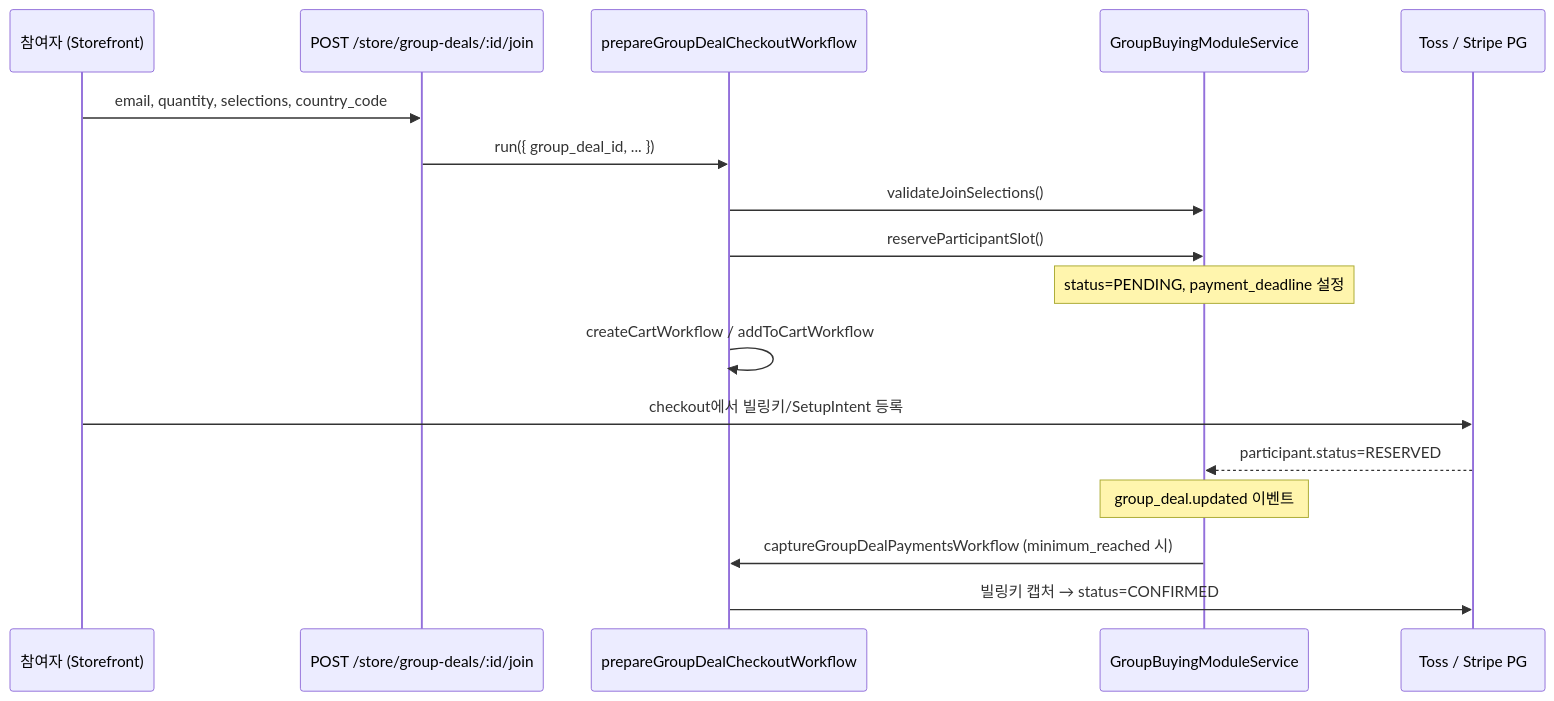
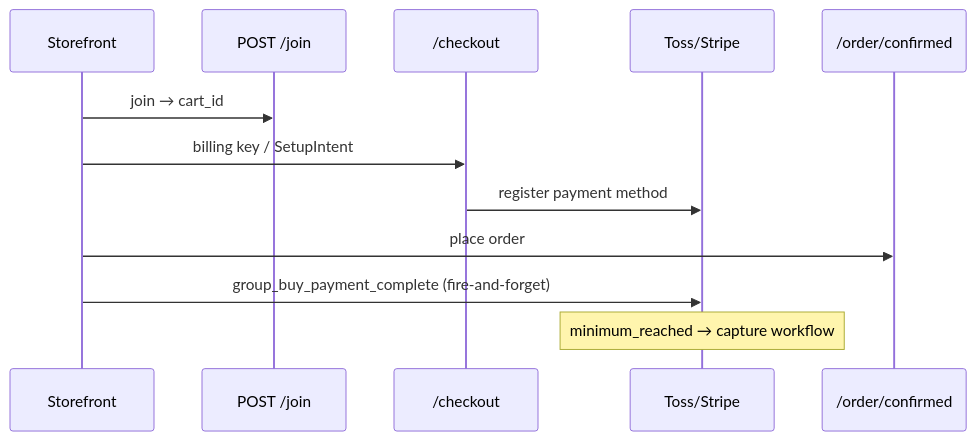
One commit to yjj0066/group_buying changed the second of 2 diagrams in PROJECT_STATUS.md. Above: the diagram before and after it, drawn with Mermaid. The commit also changed other lines of this file and 2 other files, not shown here.

First line of the commit message:
docs: update README, PROJECT_STATUS, and CODE_ANALYSIS

````diff
--- a/PROJECT_STATUS.md
+++ b/PROJECT_STATUS.md
@@ -201,20 +274,15 @@
 ```mermaid
 sequenceDiagram
-    participant U as 참여자 (Storefront)
-    participant API as POST /store/group-deals/:id/join
-    participant WF as prepareGroupDealCheckoutWorkflow
-    participant SVC as GroupBuyingModuleService
-    participant PG as Toss / Stripe PG
+    participant U as Storefront
+    participant API as POST /join
+    participant CK as /checkout
+    participant PG as Toss/Stripe
+    participant OR as /order/confirmed
 
-    U->>API: email, quantity, selections, country_code
-    API->>WF: run({ group_deal_id, ... })
-    WF->>SVC: validateJoinSelections()
-    WF->>SVC: reserveParticipantSlot()
-    Note over SVC: status=PENDING, payment_deadline 설정
-    WF->>WF: createCartWorkflow / addToCartWorkflow
-    U->>PG: checkout에서 빌링키/SetupIntent 등록
-    PG-->>SVC: participant.status=RESERVED
-    Note over SVC: group_deal.updated 이벤트
-    SVC->>WF: captureGroupDealPaymentsWorkflow (minimum_reached 시)
-    WF->>PG: 빌링키 캡처 → status=CONFIRMED
+    U->>API: join → cart_id
+    U->>CK: billing key / SetupIntent
+    CK->>PG: register payment method
+    U->>OR: place order
+    U->>PG: group_buy_payment_complete (fire-and-forget)
+    Note over PG: minimum_reached → capture workflow
 ```
````
